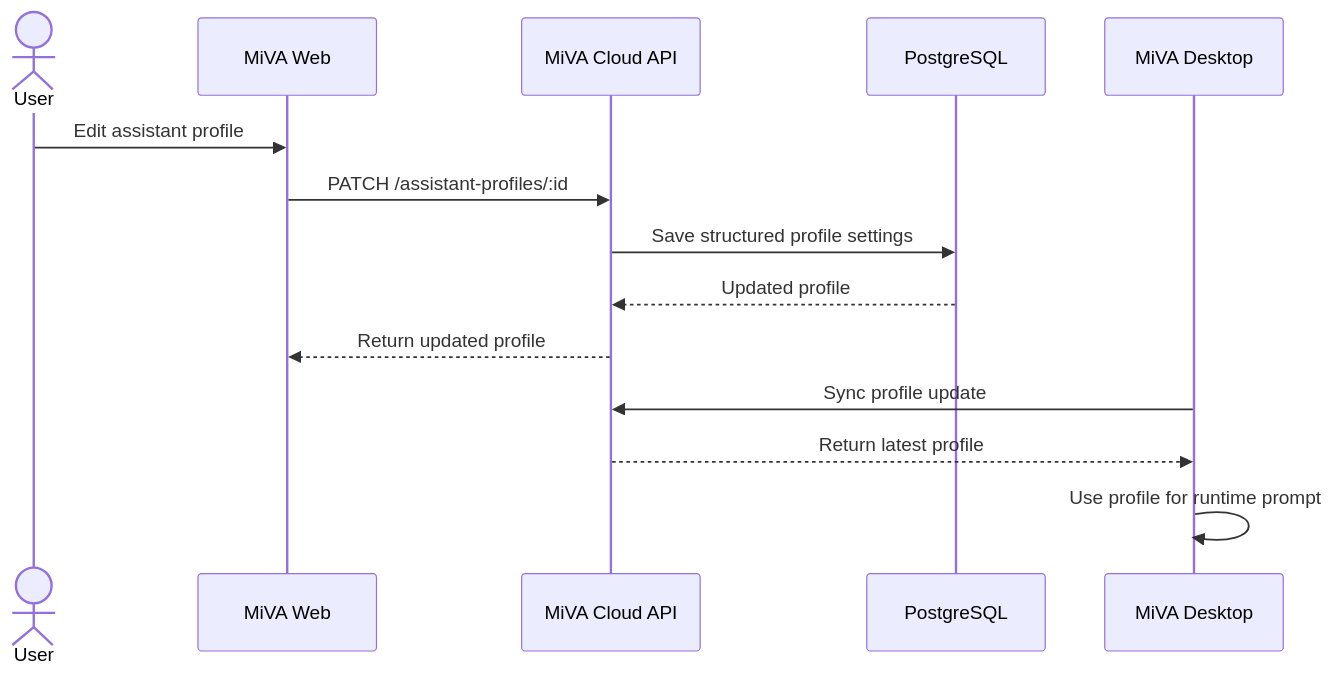
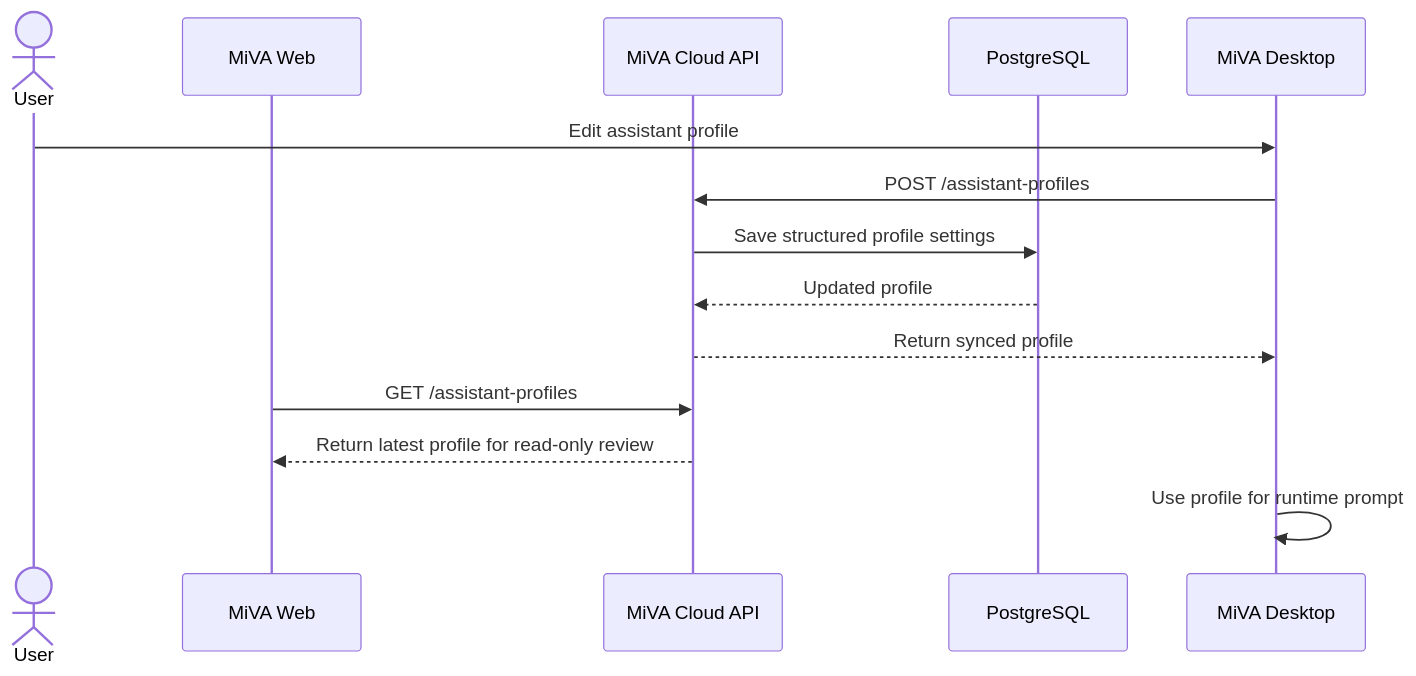
Before and after one commit to jimpmg123/MiVA: the sixth of 7 diagrams in docs/SOFTWARE_DESIGN_DOCUMENT.md, drawn with Mermaid. The commit also changed other lines of this file and 3 other files, not shown here.

````diff
--- a/docs/SOFTWARE_DESIGN_DOCUMENT.md
+++ b/docs/SOFTWARE_DESIGN_DOCUMENT.md
@@ -538,17 +554,17 @@
 ```mermaid
 sequenceDiagram
   actor User
   participant Web as MiVA Web
   participant API as MiVA Cloud API
   participant DB as PostgreSQL
   participant Desktop as MiVA Desktop
 
-  User->>Web: Edit assistant profile
-  Web->>API: PATCH /assistant-profiles/:id
+  User->>Desktop: Edit assistant profile
+  Desktop->>API: POST /assistant-profiles
   API->>DB: Save structured profile settings
   DB-->>API: Updated profile
-  API-->>Web: Return updated profile
-  Desktop->>API: Sync profile update
-  API-->>Desktop: Return latest profile
+  API-->>Desktop: Return synced profile
+  Web->>API: GET /assistant-profiles
+  API-->>Web: Return latest profile for read-only review
   Desktop->>Desktop: Use profile for runtime prompt
 ```
````
